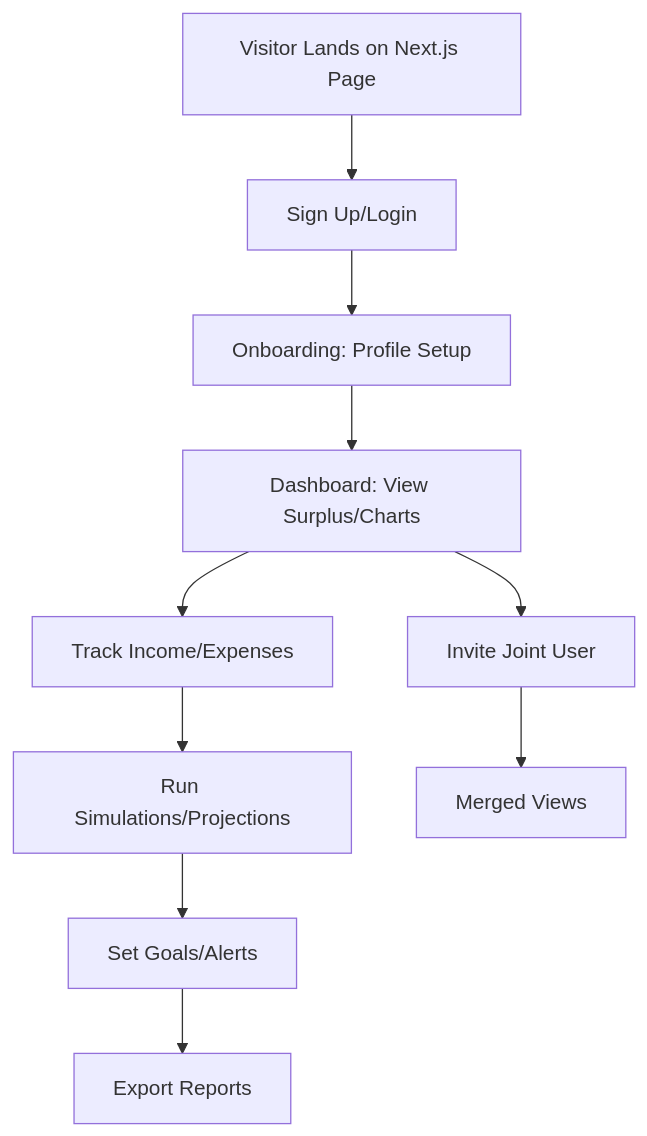
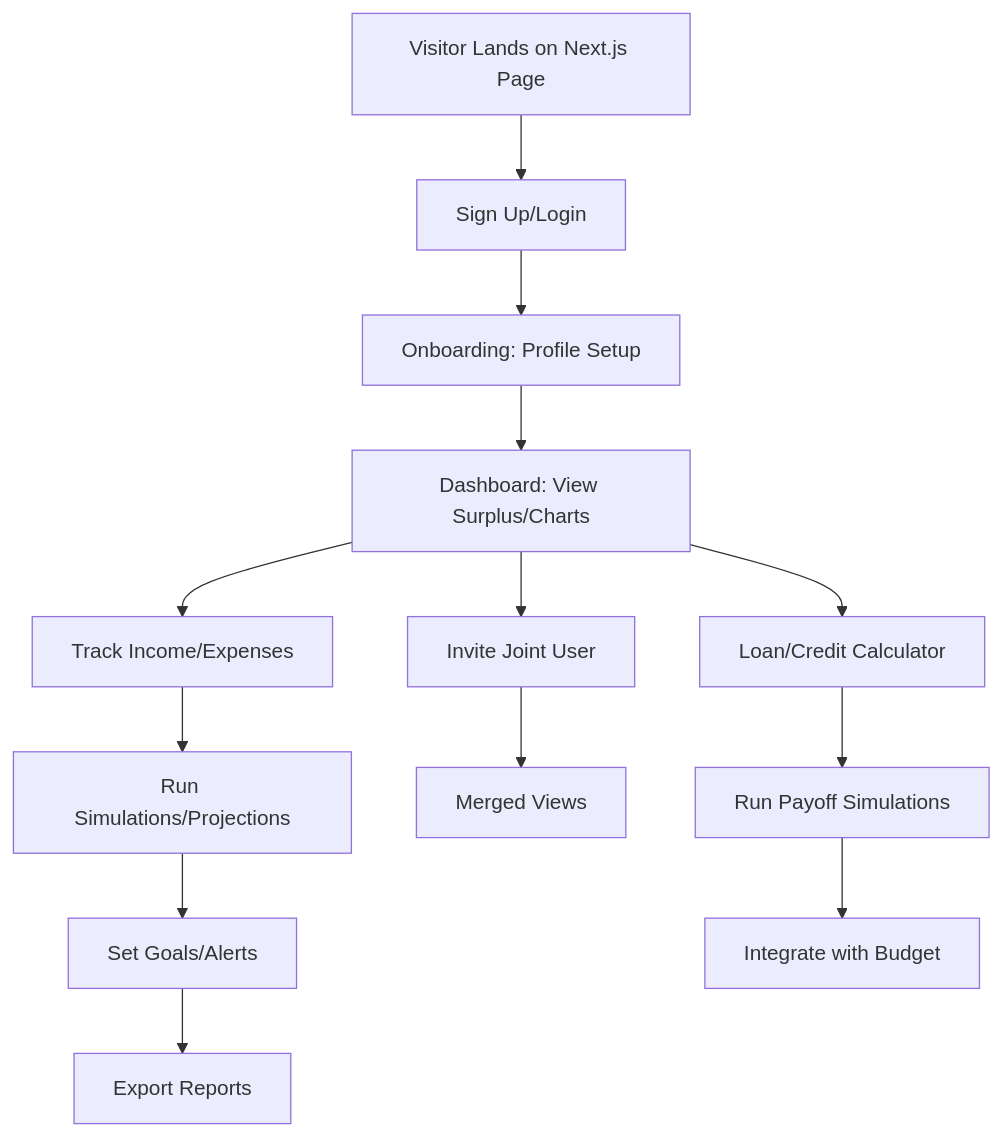
Before and after one commit to ahamedzoha/shonchoy: the first of 2 diagrams in docs/project_requirement_document.md, drawn with Mermaid. The commit also changed other lines of this file and 1 other file, not shown here.

````diff
--- a/docs/project_requirement_document.md
+++ b/docs/project_requirement_document.md
@@ -126,12 +136,15 @@
 ```mermaid
 graph TD
     A[Visitor Lands on Next.js Page] --> B[Sign Up/Login]
     B --> C[Onboarding: Profile Setup]
     C --> D[Dashboard: View Surplus/Charts]
     D --> E[Track Income/Expenses]
     E --> F[Run Simulations/Projections]
     F --> G[Set Goals/Alerts]
     G --> H[Export Reports]
     D --> I[Invite Joint User]
     I --> J[Merged Views]
+    D --> K[Loan/Credit Calculator]
+    K --> L[Run Payoff Simulations]
+    L --> M[Integrate with Budget]
 ```
````
